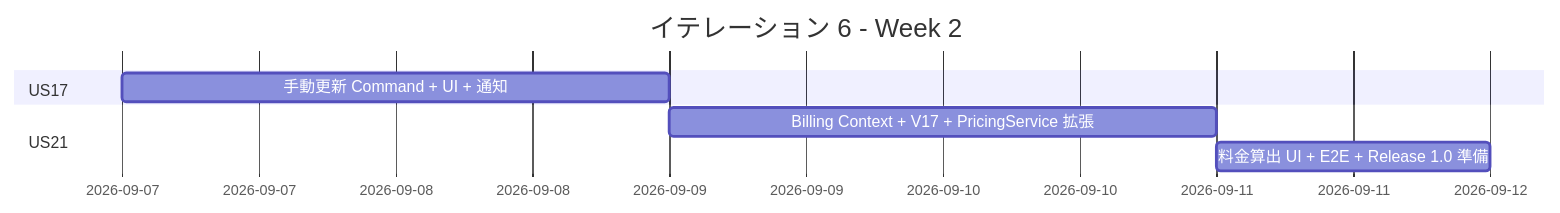
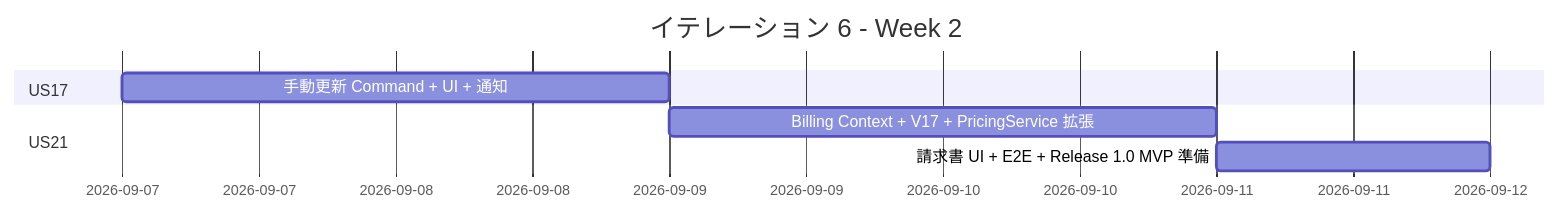
The second of 5 diagrams in docs/development/iteration_plan-6.md (k2works/case-study-cargo-tracker), drawn with Mermaid before and after one commit. The commit also changed other lines of this file, not shown here.

````diff
--- a/docs/development/iteration_plan-6.md
+++ b/docs/development/iteration_plan-6.md
@@ -194,10 +197,10 @@
 ```mermaid
 gantt
     title イテレーション 6 - Week 2
     dateFormat  YYYY-MM-DD
     section US17
     手動更新 Command + UI + 通知                :a1, 2026-09-07, 2d
     section US21
     Billing Context + V17 + PricingService 拡張 :a2, after a1, 2d
-    料金算出 UI + E2E + Release 1.0 準備         :a3, after a2, 1d
+    請求書 UI + E2E + Release 1.0 MVP 準備       :a3, after a2, 1d
 ```
````
